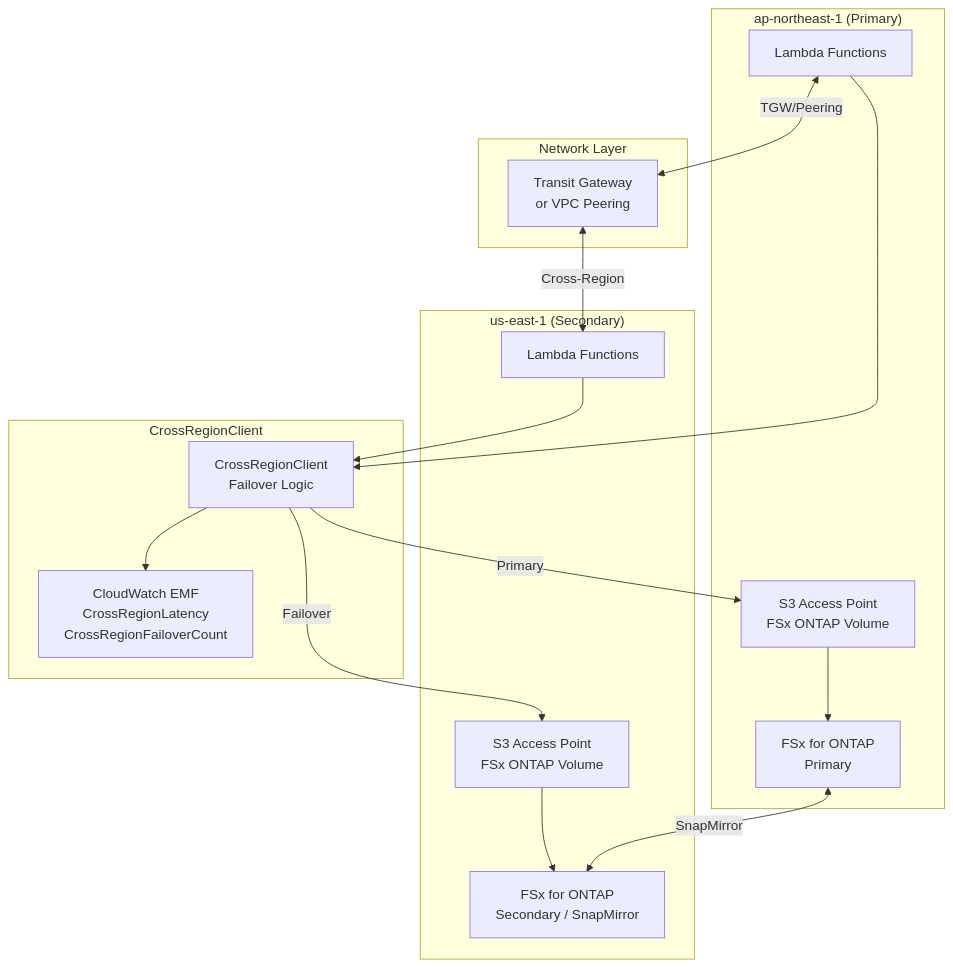
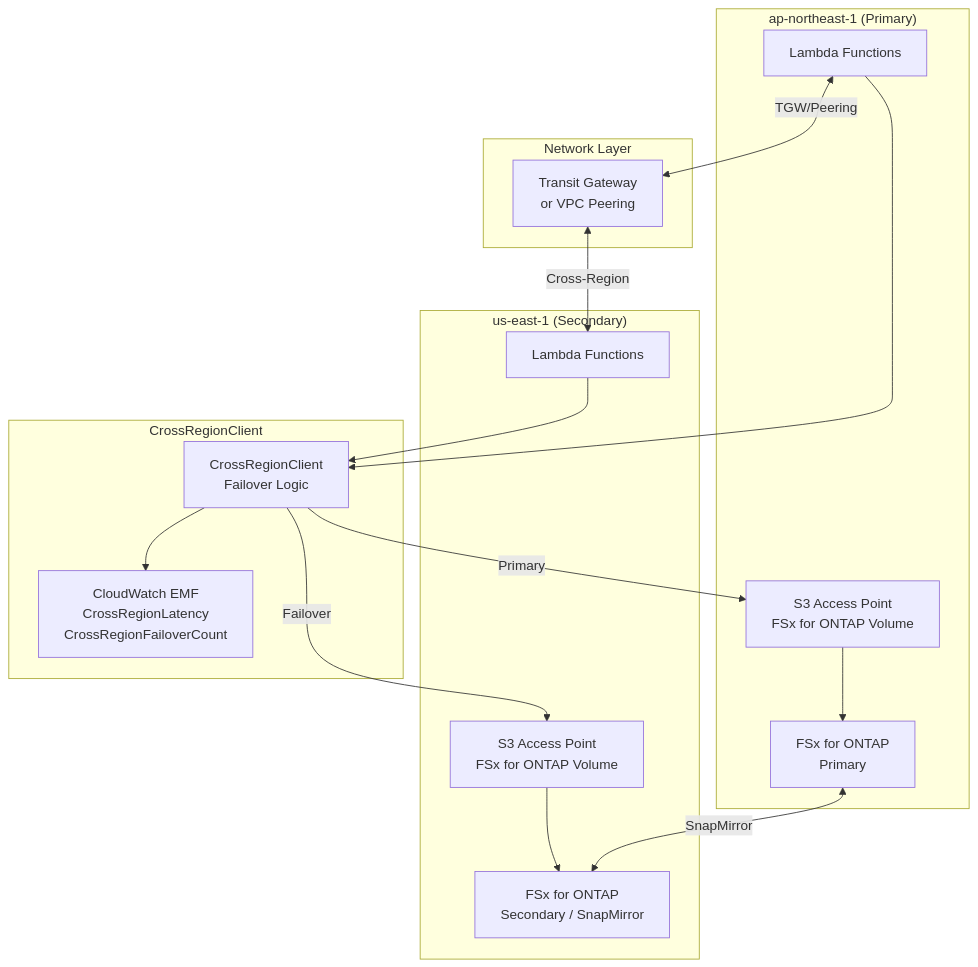
One commit to Yoshiki0705/FSx-for-ONTAP-S3AccessPoints-Serverless-Patterns changed the first of 2 diagrams in docs/multi-region/cross-region-s3ap.md. Above: the diagram before and after it, drawn with Mermaid. The commit also changed other lines of this file and 2448 other files, not shown here.

````diff
--- a/docs/multi-region/cross-region-s3ap.md
+++ b/docs/multi-region/cross-region-s3ap.md
@@ -16,34 +16,34 @@
 ```mermaid
 graph TB
     subgraph "ap-northeast-1 (Primary)"
         LAMBDA_P[Lambda Functions]
-        S3AP_P[S3 Access Point<br/>FSx ONTAP Volume]
+        S3AP_P[S3 Access Point<br/>FSx for ONTAP Volume]
         FSXN_P[FSx for ONTAP<br/>Primary]
     end
 
     subgraph "us-east-1 (Secondary)"
         LAMBDA_S[Lambda Functions]
-        S3AP_S[S3 Access Point<br/>FSx ONTAP Volume]
+        S3AP_S[S3 Access Point<br/>FSx for ONTAP Volume]
         FSXN_S[FSx for ONTAP<br/>Secondary / SnapMirror]
     end
 
     subgraph "Network Layer"
         TGW[Transit Gateway<br/>or VPC Peering]
     end
 
     subgraph "CrossRegionClient"
         CRC[CrossRegionClient<br/>Failover Logic]
         METRICS[CloudWatch EMF<br/>CrossRegionLatency<br/>CrossRegionFailoverCount]
     end
 
     LAMBDA_P --> CRC
     LAMBDA_S --> CRC
     CRC -->|Primary| S3AP_P
     CRC -->|Failover| S3AP_S
     S3AP_P --> FSXN_P
     S3AP_S --> FSXN_S
     FSXN_P <-->|SnapMirror| FSXN_S
     LAMBDA_P <-->|TGW/Peering| TGW
     TGW <-->|Cross-Region| LAMBDA_S
     CRC --> METRICS
 ```
````
